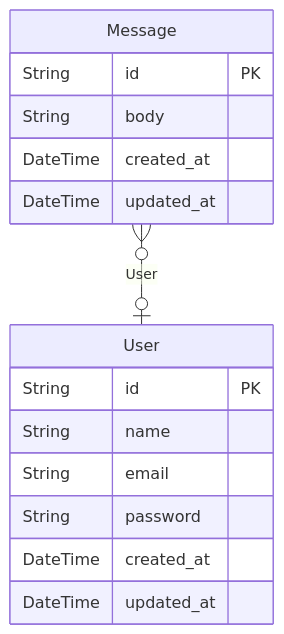
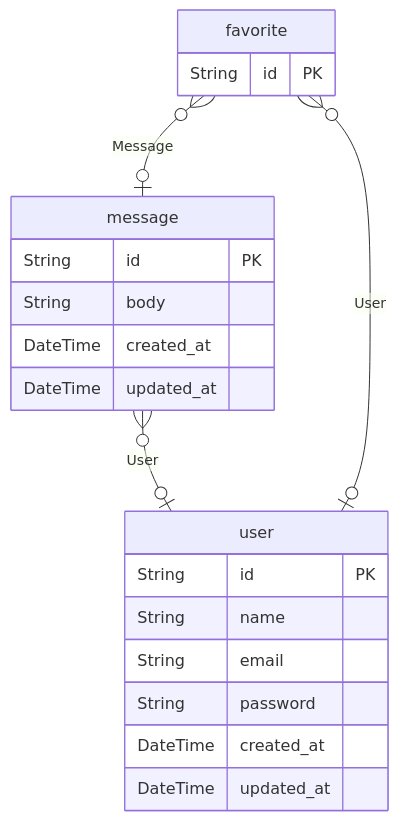
One commit to na2na-p/sns-app changed the diagram in documents/db/erd.md. Above: the diagram before and after it, drawn with Mermaid. The commit also changed 1 other file, not shown here.

Commit message:
Add favorite entity

````diff
--- a/documents/db/erd.md
+++ b/documents/db/erd.md
@@ -1,22 +1,29 @@
 ```mermaid
 erDiagram
 
-  User {
+  user {
     String id PK 
     String name  
     String email  
     String password  
     DateTime created_at  
     DateTime updated_at  
     }
   
 
-  Message {
+  message {
     String id PK 
     String body  
     DateTime created_at  
     DateTime updated_at  
     }
   
-    Message o{--|o User : "User"
+
+  favorite {
+    String id PK 
+    }
+  
+    message o{--|o user : "User"
+    favorite o{--|o user : "User"
+    favorite o{--|o message : "Message"
 ```
````
